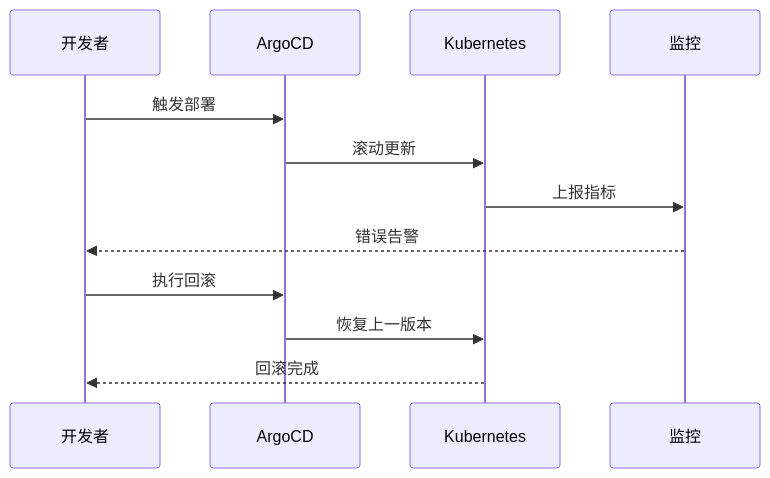
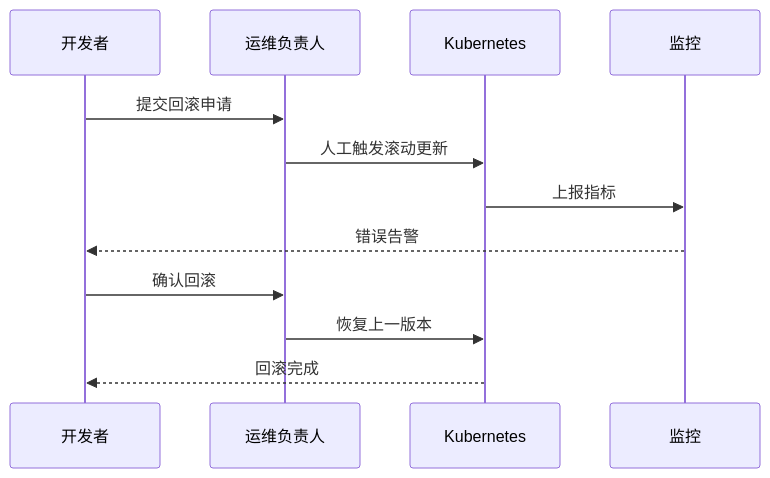
One commit to sujianjob/DevSmart changed diagram 16 of 17 in docs/03-architecture/Deployment_Architecture.md. Above: the diagram before and after it, drawn with Mermaid. The commit also changed other lines of this file and 12 other files, not shown here.

````diff
--- a/docs/03-architecture/Deployment_Architecture.md
+++ b/docs/03-architecture/Deployment_Architecture.md
@@ -878,15 +882,15 @@
 ```mermaid
 sequenceDiagram
     participant Dev as 开发者
-    participant Argo as ArgoCD
+    participant Ops as 运维负责人
     participant K8s as Kubernetes
     participant Mon as 监控
 
-    Dev->>Argo: 触发部署
-    Argo->>K8s: 滚动更新
+    Dev->>Ops: 提交回滚申请
+    Ops->>K8s: 人工触发滚动更新
     K8s->>Mon: 上报指标
     Mon-->>Dev: 错误告警
-    Dev->>Argo: 执行回滚
-    Argo->>K8s: 恢复上一版本
+    Dev->>Ops: 确认回滚
+    Ops->>K8s: 恢复上一版本
     K8s-->>Dev: 回滚完成
 ```
````
